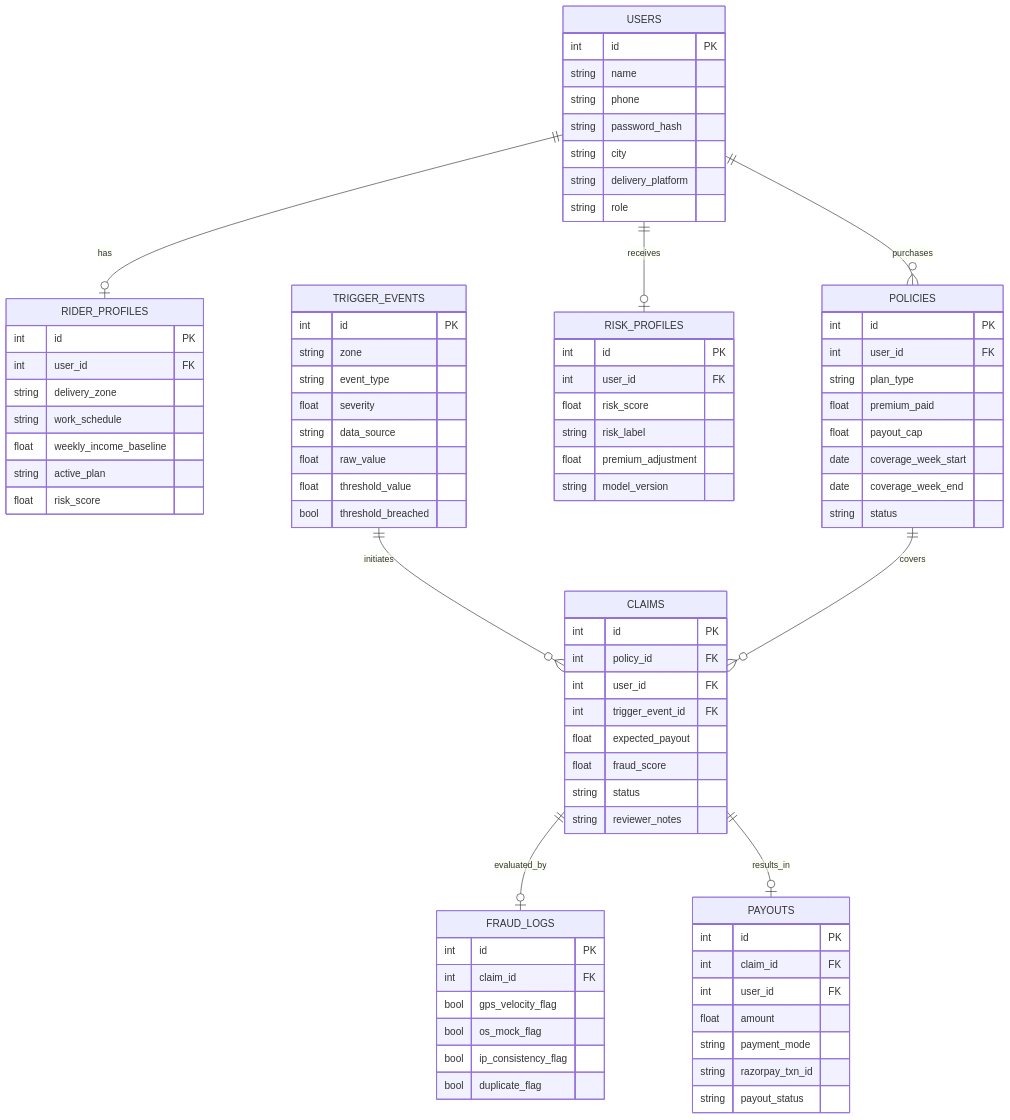
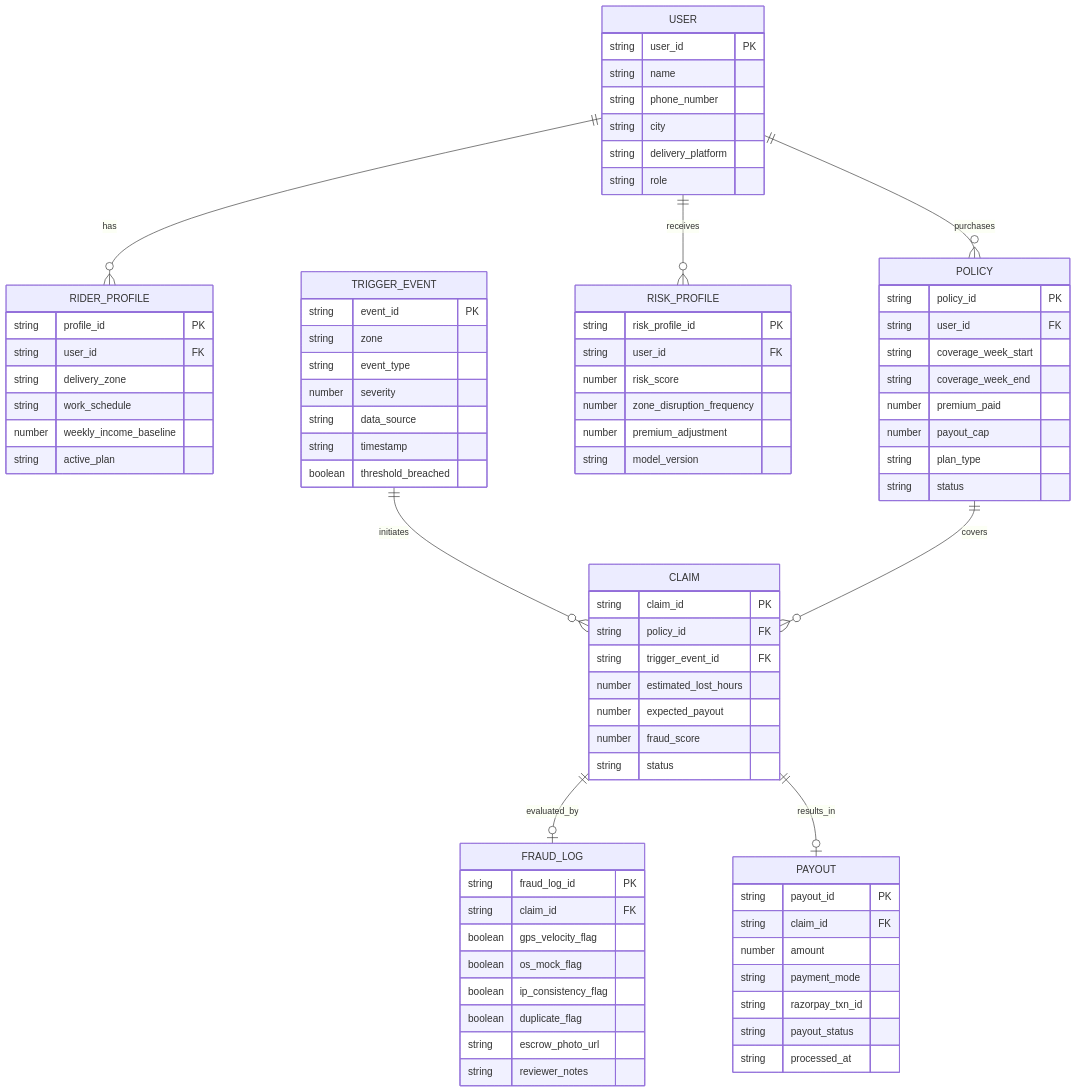
One commit to Raghvendra-Chauhan/Gig_Insura changed the fourth of 4 diagrams in README.md. Above: the diagram before and after it, drawn with Mermaid. The commit also changed other lines of this file, not shown here.

````diff
--- a/README.md
+++ b/README.md
@@ -377,84 +319,82 @@
 ```mermaid
 erDiagram
-    USERS {
-        int id PK
+    USER {
+        string user_id PK
         string name
-        string phone
-        string password_hash
+        string phone_number
         string city
         string delivery_platform
         string role
     }
-    RIDER_PROFILES {
-        int id PK
-        int user_id FK
+    RIDER_PROFILE {
+        string profile_id PK
+        string user_id FK
         string delivery_zone
         string work_schedule
-        float weekly_income_baseline
+        number weekly_income_baseline
         string active_plan
-        float risk_score
     }
-    POLICIES {
-        int id PK
-        int user_id FK
+    POLICY {
+        string policy_id PK
+        string user_id FK
+        string coverage_week_start
+        string coverage_week_end
+        number premium_paid
+        number payout_cap
         string plan_type
-        float premium_paid
-        float payout_cap
-        date coverage_week_start
-        date coverage_week_end
         string status
     }
-    RISK_PROFILES {
-        int id PK
-        int user_id FK
-        float risk_score
-        string risk_label
-        float premium_adjustment
+    RISK_PROFILE {
+        string risk_profile_id PK
+        string user_id FK
+        number risk_score
+        number zone_disruption_frequency
+        number premium_adjustment
         string model_version
     }
-    TRIGGER_EVENTS {
-        int id PK
+    TRIGGER_EVENT {
+        string event_id PK
         string zone
         string event_type
-        float severity
+        number severity
         string data_source
-        float raw_value
-        float threshold_value
-        bool threshold_breached
+        string timestamp
+        boolean threshold_breached
     }
-    CLAIMS {
-        int id PK
-        int policy_id FK
-        int user_id FK
-        int trigger_event_id FK
-        float expected_payout
-        float fraud_score
+    CLAIM {
+        string claim_id PK
+        string policy_id FK
+        string trigger_event_id FK
+        number estimated_lost_hours
+        number expected_payout
+        number fraud_score
         string status
+    }
+    FRAUD_LOG {
+        string fraud_log_id PK
+        string claim_id FK
+        boolean gps_velocity_flag
+        boolean os_mock_flag
+        boolean ip_consistency_flag
+        boolean duplicate_flag
+        string escrow_photo_url
         string reviewer_notes
     }
-    FRAUD_LOGS {
-        int id PK
-        int claim_id FK
-        bool gps_velocity_flag
-        bool os_mock_flag
-        bool ip_consistency_flag
-        bool duplicate_flag
-    }
-    PAYOUTS {
-        int id PK
-        int claim_id FK
-        int user_id FK
-        float amount
+    PAYOUT {
+        string payout_id PK
+        string claim_id FK
+        number amount
         string payment_mode
         string razorpay_txn_id
         string payout_status
+        string processed_at
     }
 
-    USERS ||--o| RIDER_PROFILES : has
-    USERS ||--o{ POLICIES : purchases
-    USERS ||--o| RISK_PROFILES : receives
-    TRIGGER_EVENTS ||--o{ CLAIMS : initiates
-    POLICIES ||--o{ CLAIMS : covers
-    CLAIMS ||--o| FRAUD_LOGS : evaluated_by
-    CLAIMS ||--o| PAYOUTS : results_in
+    USER ||--o{ RIDER_PROFILE : has
+    USER ||--o{ POLICY : purchases
+    USER ||--o{ RISK_PROFILE : receives
+    TRIGGER_EVENT ||--o{ CLAIM : initiates
+    POLICY ||--o{ CLAIM : covers
+    CLAIM ||--o| FRAUD_LOG : evaluated_by
+    CLAIM ||--o| PAYOUT : results_in
 ```
````
